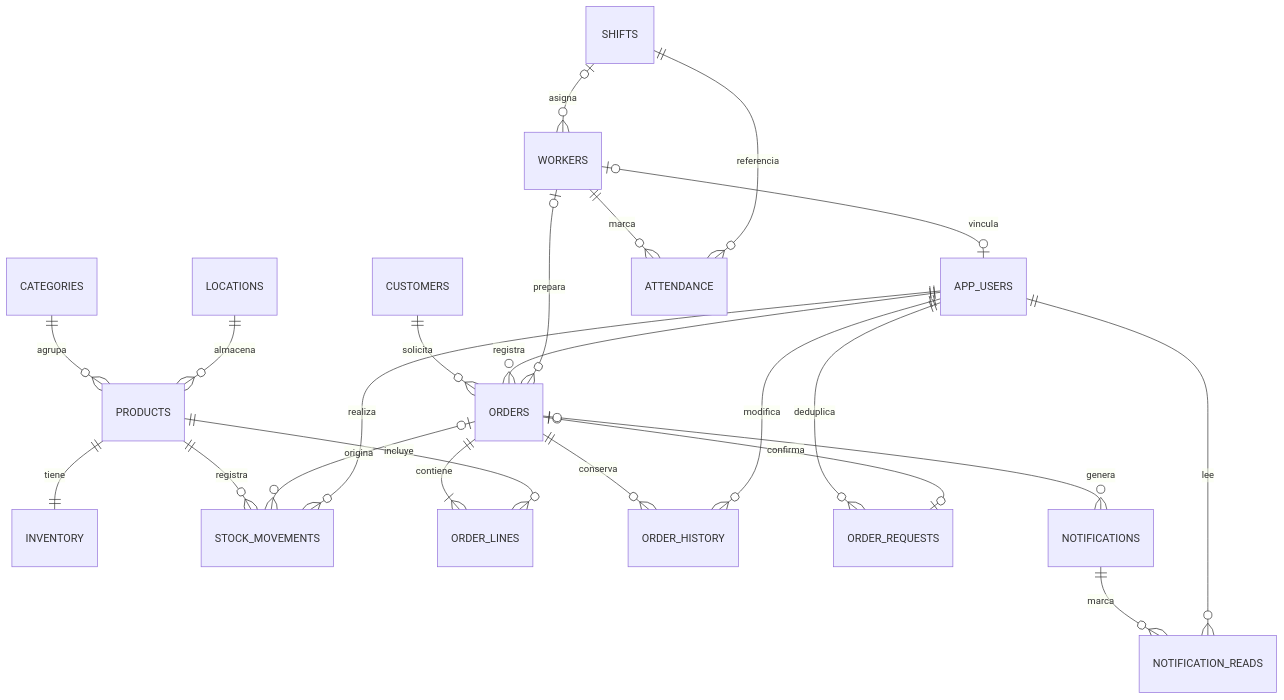
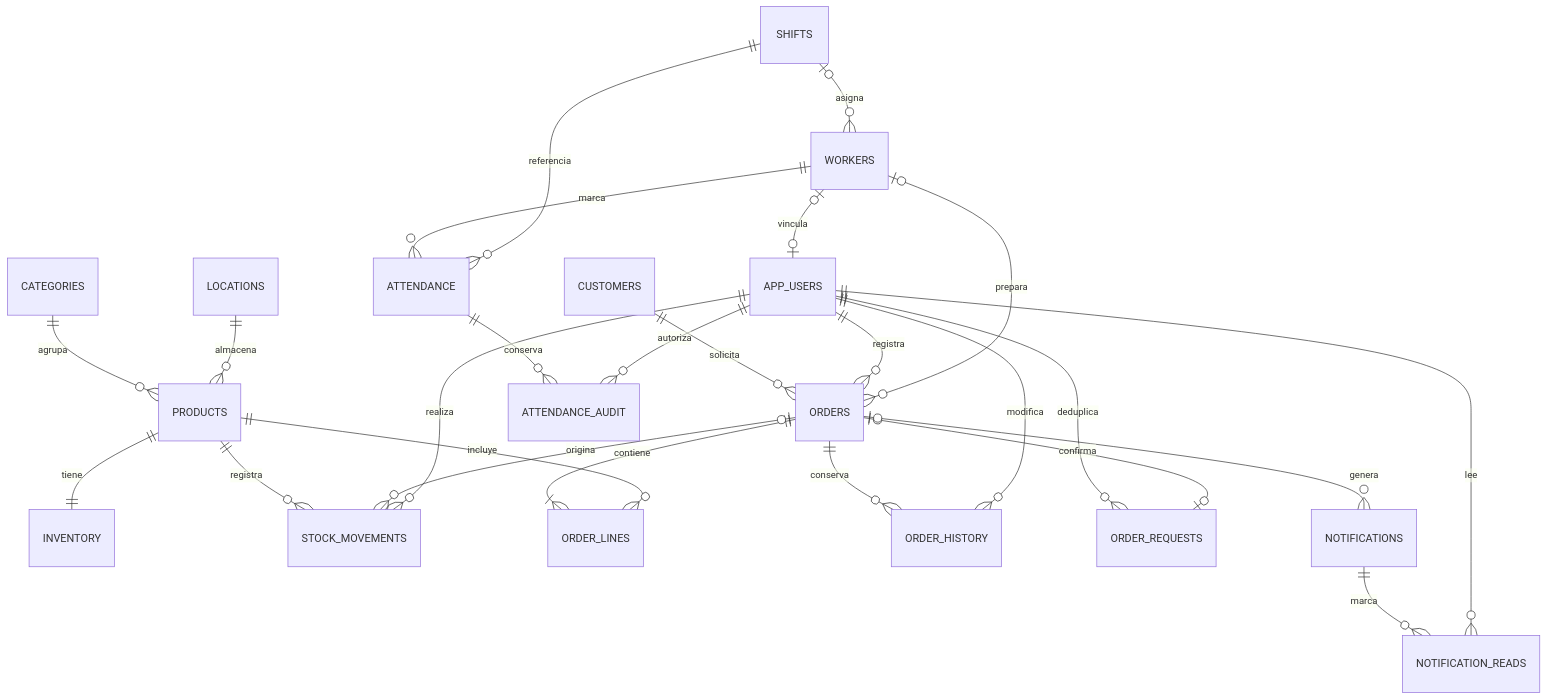
Before and after one commit to alexvilcaq-creator/Control360-DW: the second of 2 diagrams in README.md, drawn with Mermaid. The commit also changed other lines of this file and 23 other files, not shown here.

````diff
--- a/README.md
+++ b/README.md
@@ -73,25 +73,27 @@
 ```mermaid
 erDiagram
     SHIFTS o|--o{ WORKERS : asigna
     WORKERS o|--o| APP_USERS : vincula
     CATEGORIES ||--o{ PRODUCTS : agrupa
     LOCATIONS ||--o{ PRODUCTS : almacena
     PRODUCTS ||--|| INVENTORY : tiene
     PRODUCTS ||--o{ STOCK_MOVEMENTS : registra
     CUSTOMERS ||--o{ ORDERS : solicita
     APP_USERS ||--o{ ORDERS : registra
     WORKERS o|--o{ ORDERS : prepara
     ORDERS ||--|{ ORDER_LINES : contiene
     PRODUCTS ||--o{ ORDER_LINES : incluye
     ORDERS ||--o{ ORDER_HISTORY : conserva
     APP_USERS ||--o{ ORDER_HISTORY : modifica
     ORDERS o|--o{ STOCK_MOVEMENTS : origina
     APP_USERS ||--o{ STOCK_MOVEMENTS : realiza
     APP_USERS ||--o{ ORDER_REQUESTS : deduplica
     ORDERS o|--o| ORDER_REQUESTS : confirma
     WORKERS ||--o{ ATTENDANCE : marca
     SHIFTS ||--o{ ATTENDANCE : referencia
+    ATTENDANCE ||--o{ ATTENDANCE_AUDIT : conserva
+    APP_USERS ||--o{ ATTENDANCE_AUDIT : autoriza
     ORDERS o|--o{ NOTIFICATIONS : genera
     NOTIFICATIONS ||--o{ NOTIFICATION_READS : marca
     APP_USERS ||--o{ NOTIFICATION_READS : lee
 ```
````
